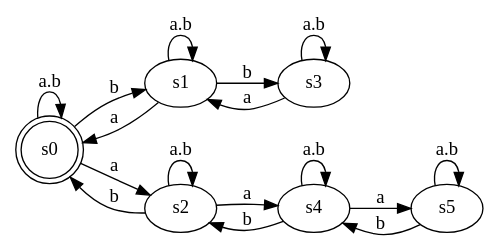
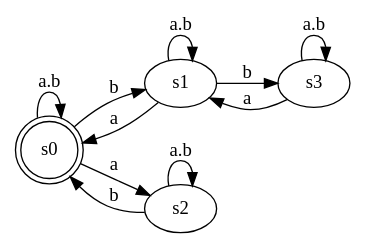
One commit to frederic-mallet/ccsl-sts changed the diagram in Examples/CCSL_Primitives/sts/BoundedCausality.dot. Above: the diagram before and after it, drawn with Graphviz. The commit also changed other lines of this file and 16 other files, not shown here.

```diff
--- a/Examples/CCSL_Primitives/sts/BoundedCausality.dot
+++ b/Examples/CCSL_Primitives/sts/BoundedCausality.dot
@@ -1,52 +1,34 @@
 digraph BoundedCausality { 
-  rankdir="LR";
-  s0 [shape= "doublecircle"];
+  rankdir="LR"
+  s0 [ shape="doublecircle" ]
   s0->s1 [
     label= "b"
   ] ;
   s0->s2 [
     label= "a"
   ] ;
   s0->s0 [
     label= "a.b"
   ] ;
   s1->s3 [
     label= "b"
   ] ;
   s1->s0 [
     label= "a"
   ] ;
   s1->s1 [
     label= "a.b"
   ] ;
   s2->s0 [
     label= "b"
   ] ;
-  s2->s4 [
-    label= "a"
-  ] ;
   s2->s2 [
     label= "a.b"
   ] ;
   s3->s1 [
     label= "a"
   ] ;
   s3->s3 [
     label= "a.b"
   ] ;
-  s4->s2 [
-    label= "b"
-  ] ;
-  s4->s5 [
-    label= "a"
-  ] ;
-  s4->s4 [
-    label= "a.b"
-  ] ;
-  s5->s4 [
-    label= "b"
-  ] ;
-  s5->s5 [
-    label= "a.b"
-  ] ;
 }
```
